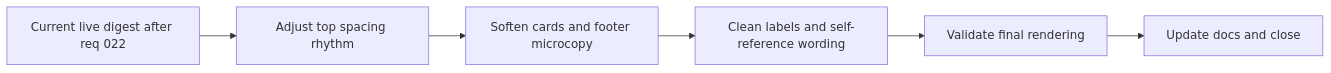
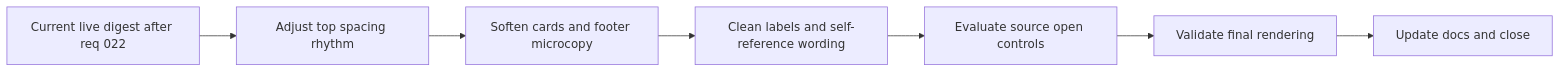
The diagram in logics/tasks/task_028_day_captain_digest_spacing_and_content_cleanup_orchestration.md (AlexAgo83/day-captain), drawn with Mermaid before and after one commit. The commit also changed other lines of this file and 4 other files, not shown here.

````diff
--- a/logics/tasks/task_028_day_captain_digest_spacing_and_content_cleanup_orchestration.md
+++ b/logics/tasks/task_028_day_captain_digest_spacing_and_content_cleanup_orchestration.md
@@ -18,8 +18,9 @@
 ```mermaid
 flowchart LR
     Start[Current live digest after req 022] --> Top[Adjust top spacing rhythm]
     Top --> Cards[Soften cards and footer microcopy]
     Cards --> Wording[Clean labels and self-reference wording]
-    Wording --> Validation[Validate final rendering]
+    Wording --> OpenLinks[Evaluate source open controls]
+    OpenLinks --> Validation[Validate final rendering]
     Validation --> Close[Update docs and close]
 ```
````
